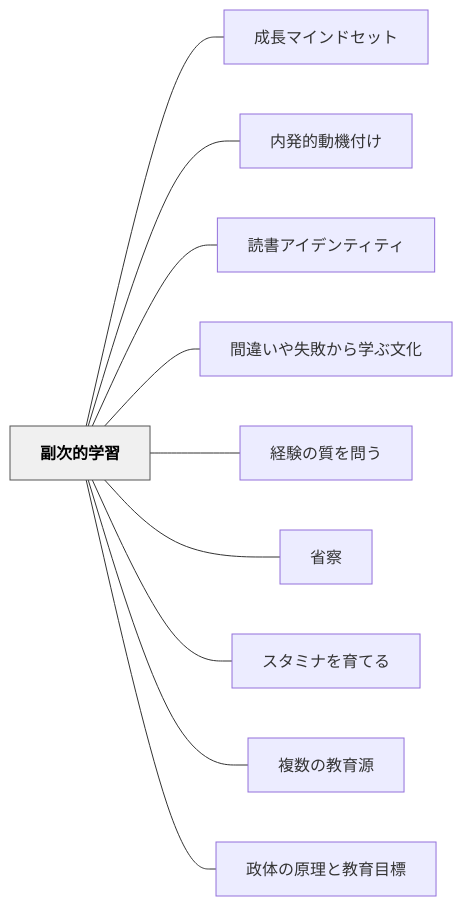
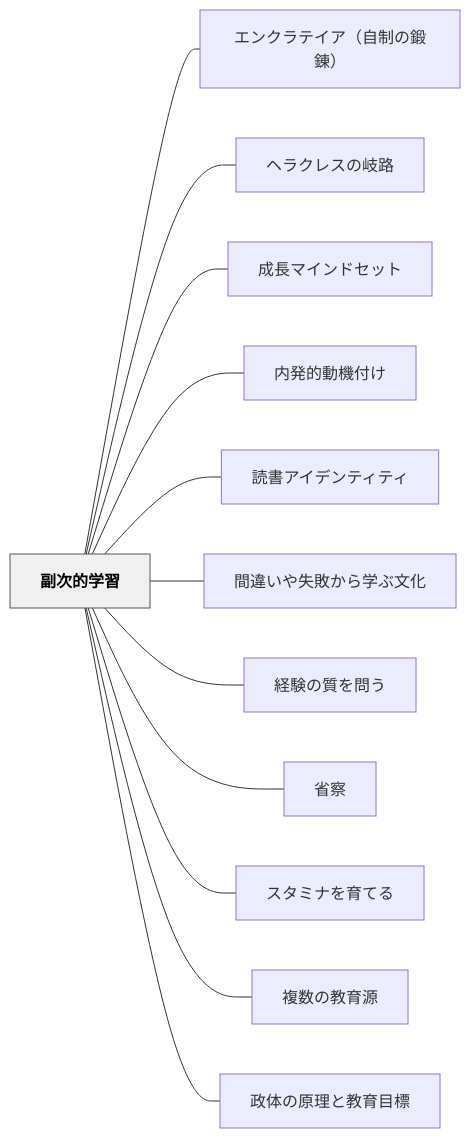
Before and after one commit to unknownthings-ed-patterns/unknownthings-ed-patterns: the diagram in content/パタン/副次的学習.md, drawn with Mermaid. The commit also changed other lines of this file and 19 other files, not shown here.

````diff
--- a/content/パタン/副次的学習.md
+++ b/content/パタン/副次的学習.md
@@ -109,26 +111,30 @@
 ```mermaid
 flowchart LR
     ne589afe6aca1e79a84e5ada6e7bf92["副次的学習"]
+    ne382a8e383b3e382afe383a9e38386e382a4e382a2efbc88e887aae588b6e381aee98d9be98cacefbc89["エンクラテイア（自制の鍛錬）"]
+    ne38398e383a9e382afe383ace382b9e381aee5b290e8b7af["ヘラクレスの岐路"]
     ne68890e995b7e3839ee382a4e383b3e38389e382bbe38383e38388["成長マインドセット"]
     ne58685e799bae79a84e58b95e6a99fe4bb98e38191["内発的動機付け"]
     ne8aaade69bb8e382a2e382a4e38387e383b3e38386e382a3e38386e382a3["読書アイデンティティ"]
     ne99693e98195e38184e38284e5a4b1e69597e3818be38289e5ada6e381b6e69687e58c96["間違いや失敗から学ぶ文化"]
     ne7b58ce9a893e381aee8b3aae38292e5958fe38186["経験の質を問う"]
     ne79c81e5af9f["省察"]
     ne382b9e382bfe3839fe3838ae38292e882b2e381a6e3828b["スタミナを育てる"]
     ne8a487e695b0e381aee69599e882b2e6ba90["複数の教育源"]
     ne694bfe4bd93e381aee58e9fe79086e381a8e69599e882b2e79baee6a899["政体の原理と教育目標"]
 
+    ne589afe6aca1e79a84e5ada6e7bf92 --- ne382a8e383b3e382afe383a9e38386e382a4e382a2efbc88e887aae588b6e381aee98d9be98cacefbc89
+    ne589afe6aca1e79a84e5ada6e7bf92 --- ne38398e383a9e382afe383ace382b9e381aee5b290e8b7af
     ne589afe6aca1e79a84e5ada6e7bf92 --- ne68890e995b7e3839ee382a4e383b3e38389e382bbe38383e38388
     ne589afe6aca1e79a84e5ada6e7bf92 --- ne58685e799bae79a84e58b95e6a99fe4bb98e38191
     ne589afe6aca1e79a84e5ada6e7bf92 --- ne8aaade69bb8e382a2e382a4e38387e383b3e38386e382a3e38386e382a3
     ne589afe6aca1e79a84e5ada6e7bf92 --- ne99693e98195e38184e38284e5a4b1e69597e3818be38289e5ada6e381b6e69687e58c96
     ne589afe6aca1e79a84e5ada6e7bf92 --- ne7b58ce9a893e381aee8b3aae38292e5958fe38186
     ne589afe6aca1e79a84e5ada6e7bf92 --- ne79c81e5af9f
     ne589afe6aca1e79a84e5ada6e7bf92 --- ne382b9e382bfe3839fe3838ae38292e882b2e381a6e3828b
     ne589afe6aca1e79a84e5ada6e7bf92 --- ne8a487e695b0e381aee69599e882b2e6ba90
     ne589afe6aca1e79a84e5ada6e7bf92 --- ne694bfe4bd93e381aee58e9fe79086e381a8e69599e882b2e79baee6a899
 
     classDef hub fill:#f0f0f0,stroke:#555,color:#000,font-weight:bold
     class ne589afe6aca1e79a84e5ada6e7bf92 hub
 ```
````
